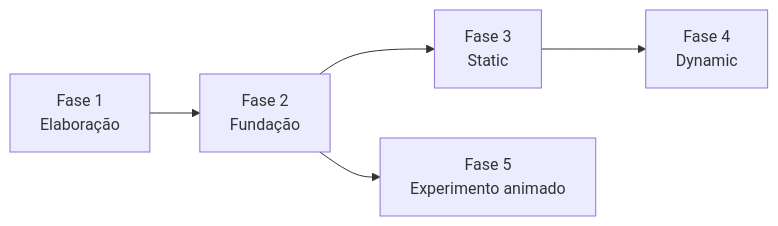
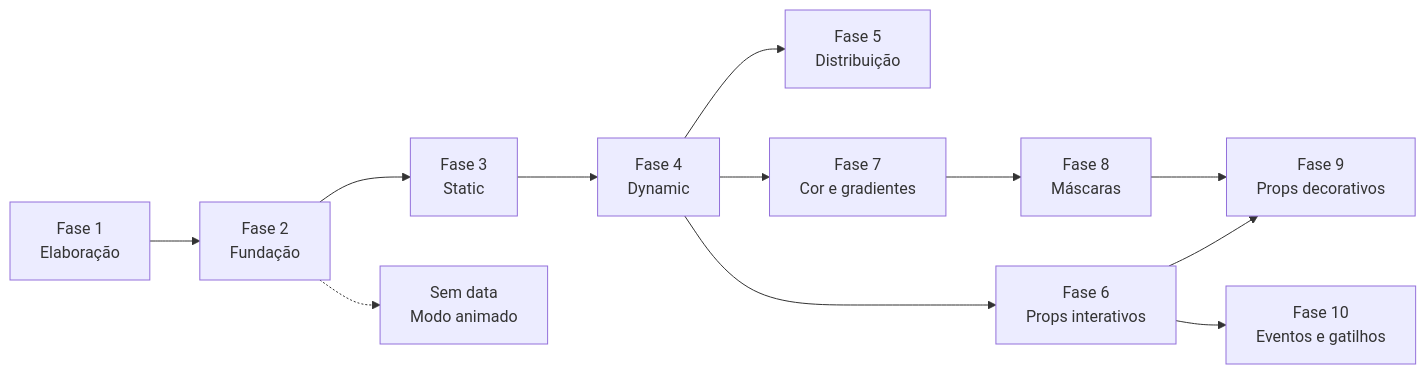
The diagram in docs/06-roadmap.md (Sakamoto0110/WallpaperEditor), drawn with Mermaid before and after one commit. The commit also changed other lines of this file and 3 other files, not shown here.

First line of the commit message:
docs: roadmap up to v0.6, with the animated mode last and undated

````diff
--- a/docs/06-roadmap.md
+++ b/docs/06-roadmap.md
@@ -5,7 +5,14 @@
 ```mermaid
 graph LR
     F1["Fase 1<br/>Elaboração"] --> F2["Fase 2<br/>Fundação"]
     F2 --> F3["Fase 3<br/>Static"]
     F3 --> F4["Fase 4<br/>Dynamic"]
-    F2 --> F5["Fase 5<br/>Experimento animado"]
+    F4 --> F5["Fase 5<br/>Distribuição"]
+    F4 --> F6["Fase 6<br/>Props interativos"]
+    F4 --> F7["Fase 7<br/>Cor e gradientes"]
+    F7 --> F8["Fase 8<br/>Máscaras"]
+    F6 --> F9["Fase 9<br/>Props decorativos"]
+    F8 --> F9
+    F6 --> F10["Fase 10<br/>Eventos e gatilhos"]
+    F2 -.-> X["Sem data<br/>Modo animado"]
 ```
````
